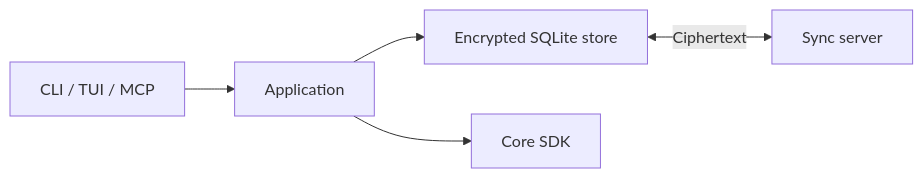
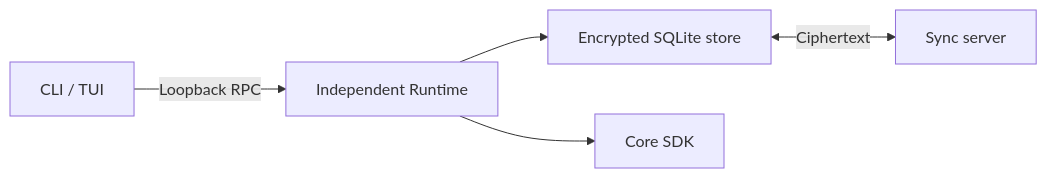
The diagram in README.md (risense-ai/respire-cli), drawn with Mermaid before and after one commit. The commit also changed other lines of this file, not shown here.

Commit message:
docs: describe the standalone CLI build and Runtime installation

````diff
--- a/README.md
+++ b/README.md
@@ -5,7 +5,7 @@
 ```mermaid
 flowchart LR
-  Tools[CLI / TUI / MCP] --> App[Application]
-  App --> Store[Encrypted SQLite store]
-  App --> SDK[Core SDK]
+  Tools[CLI / TUI] -->|Loopback RPC| Runtime[Independent Runtime]
+  Runtime --> Store[Encrypted SQLite store]
+  Runtime --> SDK[Core SDK]
   Store <-->|Ciphertext| Server[Sync server]
 ```
````
